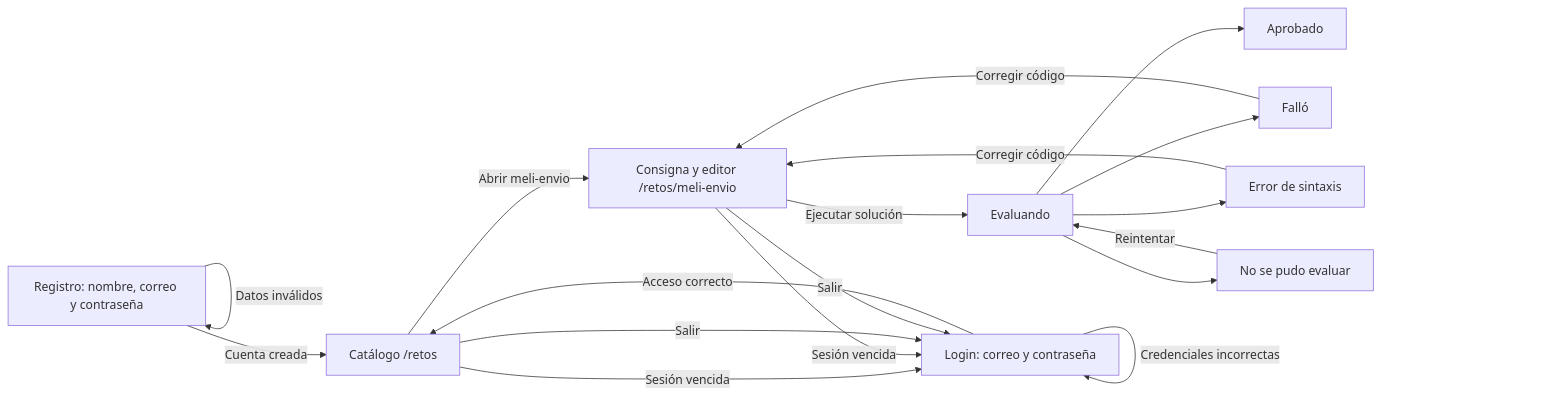
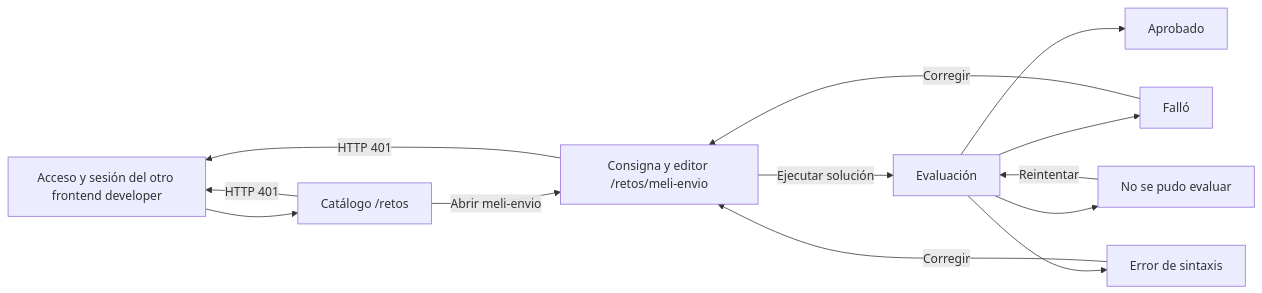
The diagram in frontend/README.md (xavi-di16/Proyecto79), drawn with Mermaid before and after one commit. The commit also changed other lines of this file and 26 other files, not shown here.

````diff
--- a/frontend/README.md
+++ b/frontend/README.md
@@ -25,20 +7,15 @@
 ```mermaid
 flowchart LR
-  R["Registro: nombre, correo y contraseña"] -->|Cuenta creada| C["Catálogo /retos"]
-  L["Login: correo y contraseña"] -->|Acceso correcto| C
-  R -->|Datos inválidos| R
-  L -->|Credenciales incorrectas| L
-  C -->|Abrir meli-envio| W["Consigna y editor /retos/meli-envio"]
-  W -->|Ejecutar solución| E["Evaluando"]
-  E --> A["Aprobado"]
-  E --> F["Falló"]
-  E --> S["Error de sintaxis"]
-  E --> N["No se pudo evaluar"]
-  F -->|Corregir código| W
-  S -->|Corregir código| W
-  N -->|Reintentar| E
-  C -->|Sesión vencida| L
-  W -->|Sesión vencida| L
-  C -->|Salir| L
-  W -->|Salir| L
+  A[Acceso y sesión del otro frontend developer] --> C[Catálogo /retos]
+  C -->|Abrir meli-envio| R[Consigna y editor /retos/meli-envio]
+  R -->|Ejecutar solución| E[Evaluación]
+  E --> OK[Aprobado]
+  E --> FAIL[Falló]
+  E --> SYNTAX[Error de sintaxis]
+  E --> UNAVAILABLE[No se pudo evaluar]
+  FAIL -->|Corregir| R
+  SYNTAX -->|Corregir| R
+  UNAVAILABLE -->|Reintentar| E
+  C -->|HTTP 401| A
+  R -->|HTTP 401| A
 ```
````
